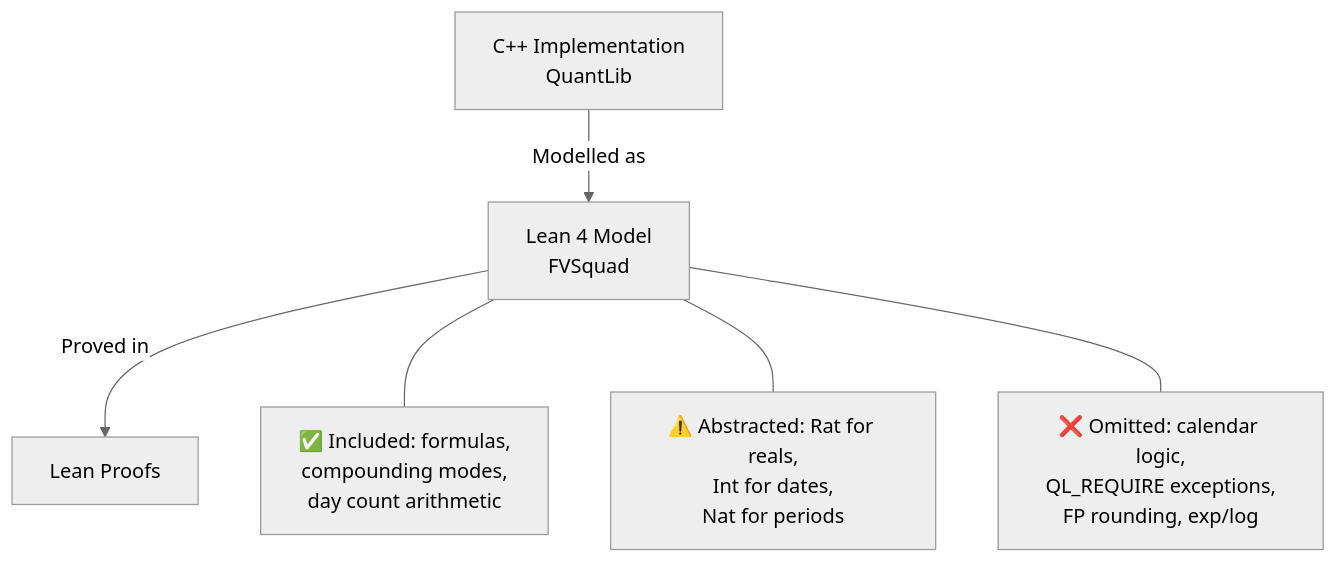
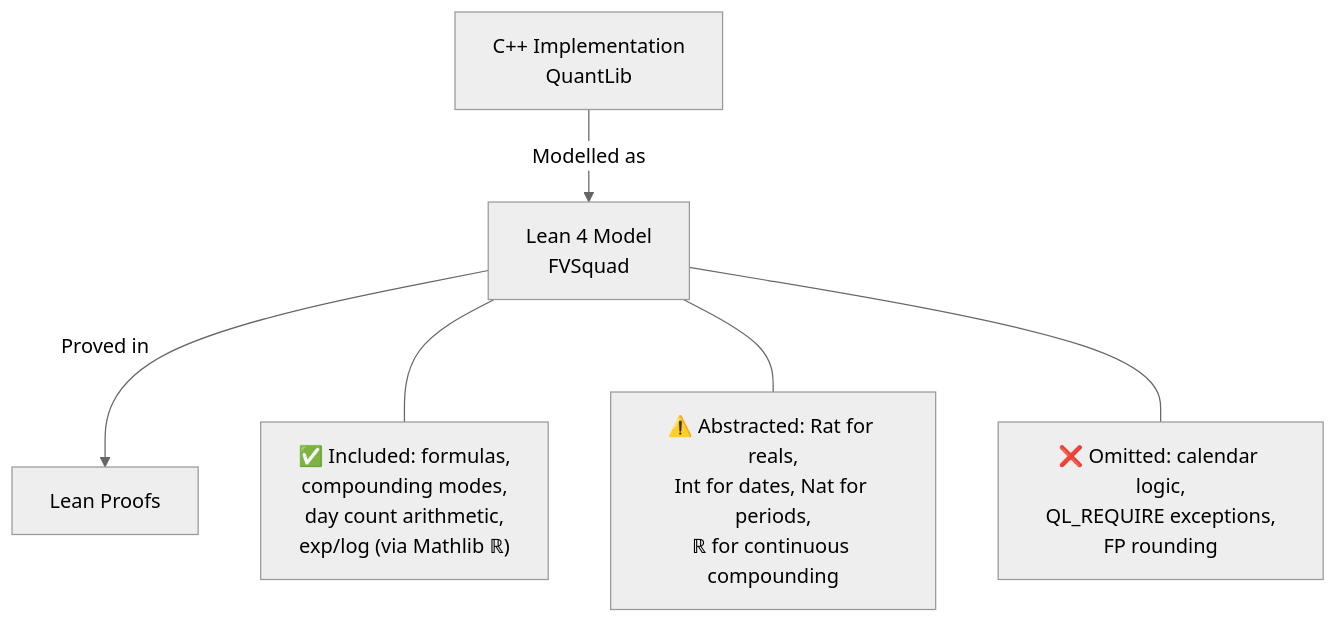
The fifth of 6 diagrams in formal-verification/REPORT.md (dsyme/QuantLib), drawn with Mermaid (neutral theme) before and after one commit. The commit also changed other lines of this file and 1 other file, not shown here.

````diff
--- a/formal-verification/REPORT.md
+++ b/formal-verification/REPORT.md
@@ -109,14 +127,14 @@
 ```mermaid
 graph TD
     REAL["C++ Implementation<br/>QuantLib"]
     MODEL["Lean 4 Model<br/>FVSquad"]
     PROOF["Lean Proofs"]
     REAL -->|"Modelled as"| MODEL
     MODEL -->|"Proved in"| PROOF
-    NOTE1["✅ Included: formulas,<br/>compounding modes,<br/>day count arithmetic"]
-    NOTE2["⚠️ Abstracted: Rat for reals,<br/>Int for dates,<br/>Nat for periods"]
-    NOTE3["❌ Omitted: calendar logic,<br/>QL_REQUIRE exceptions,<br/>FP rounding, exp/log"]
+    NOTE1["✅ Included: formulas,<br/>compounding modes,<br/>day count arithmetic,<br/>exp/log (via Mathlib ℝ)"]
+    NOTE2["⚠️ Abstracted: Rat for reals,<br/>Int for dates, Nat for periods,<br/>ℝ for continuous compounding"]
+    NOTE3["❌ Omitted: calendar logic,<br/>QL_REQUIRE exceptions,<br/>FP rounding"]
     MODEL --- NOTE1
     MODEL --- NOTE2
     MODEL --- NOTE3
 ```
````
